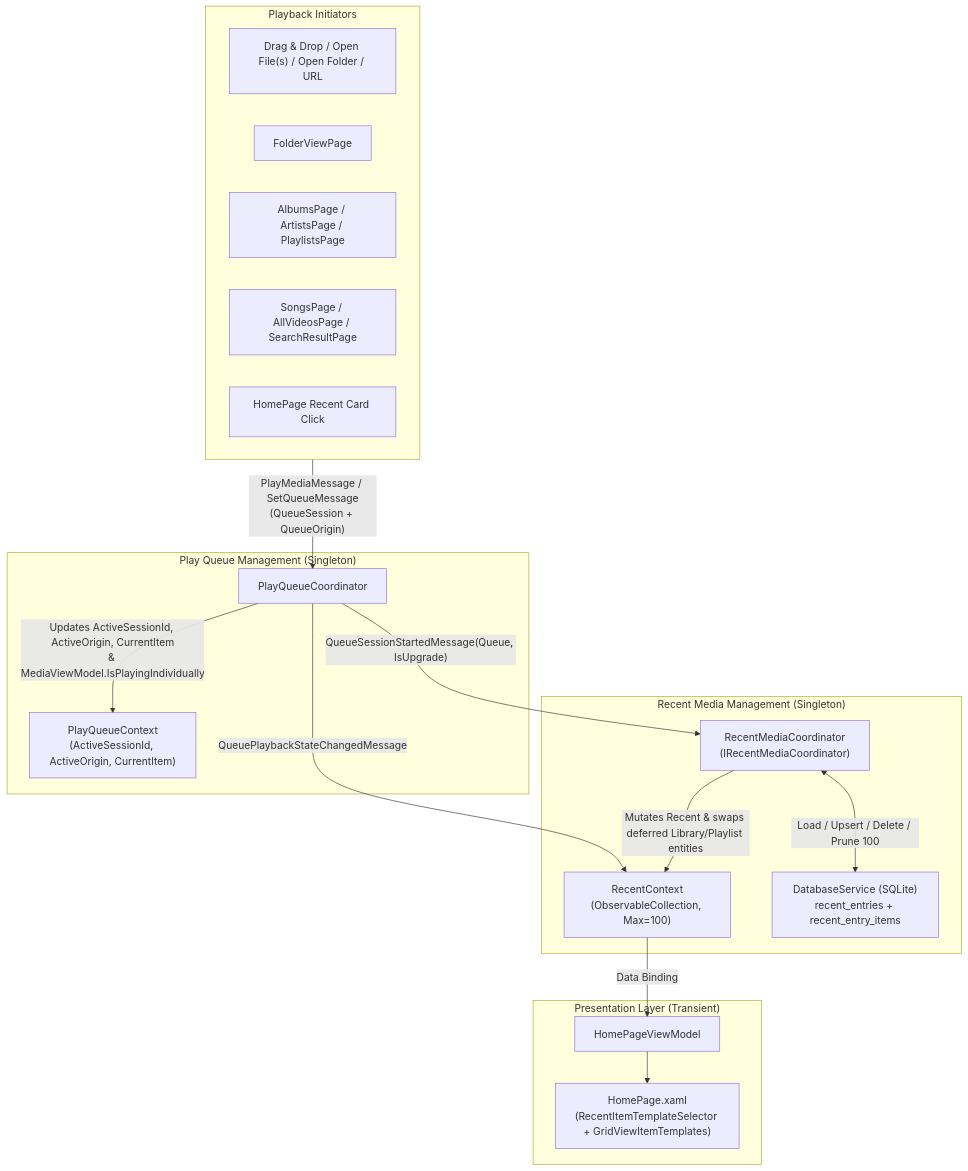
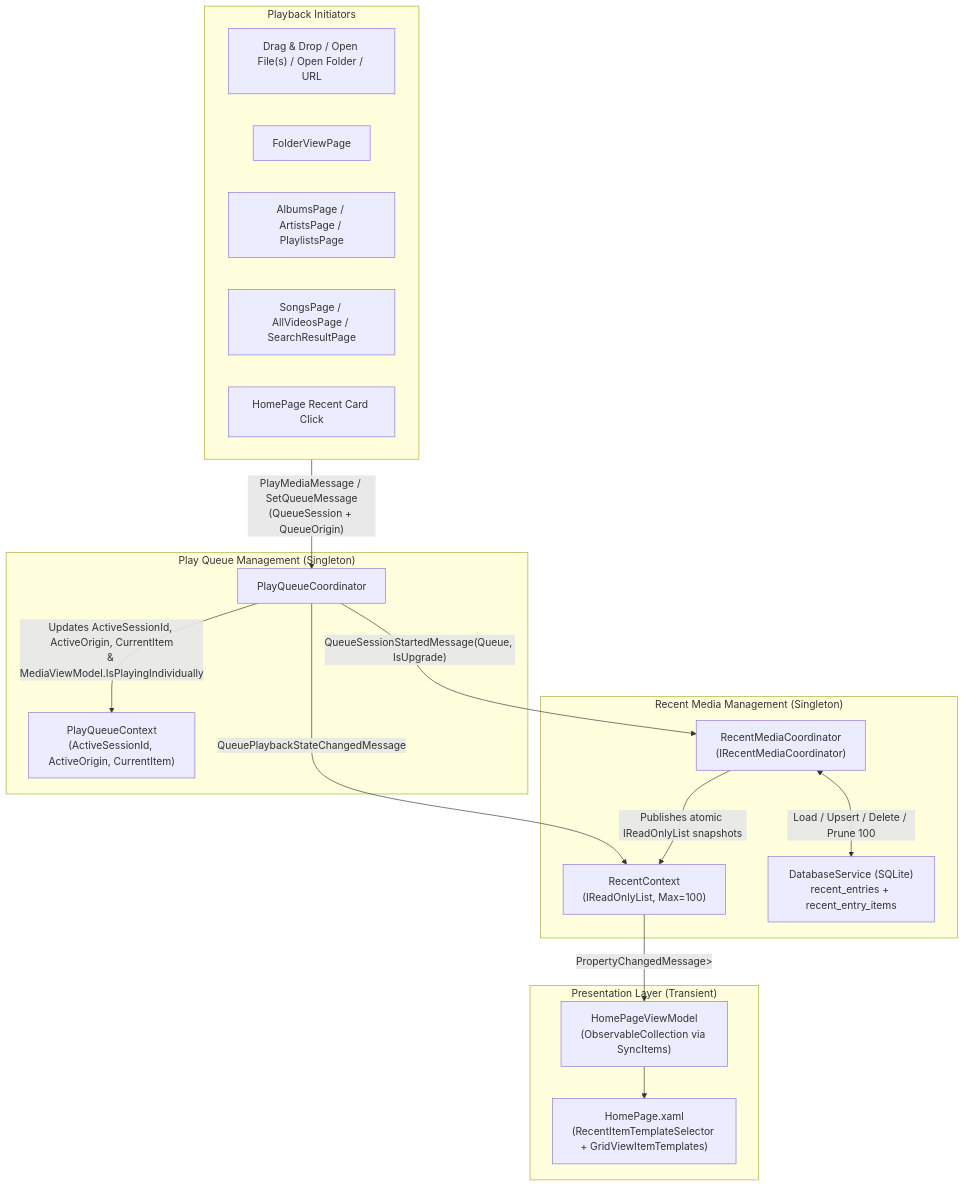
The diagram in docs/RECENT_MEDIA_TRACKING.md (huynhsontung/Screenbox), drawn with Mermaid before and after one commit. The commit also changed other lines of this file and 7 other files, not shown here.

Commit message:
refactor(core): use IReadOnlyList snapshots and CancellationToken in RecentContext

````diff
--- a/docs/RECENT_MEDIA_TRACKING.md
+++ b/docs/RECENT_MEDIA_TRACKING.md
@@ -39,35 +39,35 @@
 ```mermaid
 flowchart TD
     subgraph PlaybackInitiators["Playback Initiators"]
         Drop["Drag & Drop / Open File(s) / Open Folder / URL"]
         FolderView["FolderViewPage"]
         Library["AlbumsPage / ArtistsPage / PlaylistsPage"]
         LibWide["SongsPage / AllVideosPage / SearchResultPage"]
         HomeCard["HomePage Recent Card Click"]
     end
 
     subgraph CoreQueue["Play Queue Management (Singleton)"]
         PQC["PlayQueueCoordinator"]
         PQContext["PlayQueueContext\n(ActiveSessionId, ActiveOrigin, CurrentItem)"]
     end
 
     subgraph RecentManagement["Recent Media Management (Singleton)"]
         RMC["RecentMediaCoordinator\n(IRecentMediaCoordinator)"]
-        RContext["RecentContext\n(ObservableCollection<IRecentItem>, Max=100)"]
+        RContext["RecentContext\n(IReadOnlyList<IRecentItem>, Max=100)"]
         DB["DatabaseService (SQLite)\nrecent_entries + recent_entry_items"]
     end
 
     subgraph UI["Presentation Layer (Transient)"]
-        HPVM["HomePageViewModel"]
+        HPVM["HomePageViewModel\n(ObservableCollection<IRecentItem> via SyncItems)"]
         HP["HomePage.xaml\n(RecentItemTemplateSelector + GridViewItemTemplates)"]
     end
 
     PlaybackInitiators -->|"PlayMediaMessage / SetQueueMessage\n(QueueSession + QueueOrigin)"| PQC
     PQC -->|"Updates ActiveSessionId, ActiveOrigin, CurrentItem\n& MediaViewModel.IsPlayingIndividually"| PQContext
     PQC -->|"QueuePlaybackStateChangedMessage"| RContext
     PQC -->|"QueueSessionStartedMessage(Queue, IsUpgrade)"| RMC
     RMC <-->|"Load / Upsert / Delete / Prune 100"| DB
-    RMC -->|"Mutates Recent & swaps deferred Library/Playlist entities"| RContext
-    RContext -->|"Data Binding"| HPVM
+    RMC -->|"Publishes atomic IReadOnlyList<IRecentItem> snapshots"| RContext
+    RContext -->|"PropertyChangedMessage<IReadOnlyList<IRecentItem>>"| HPVM
     HPVM --> HP
 ```
````
